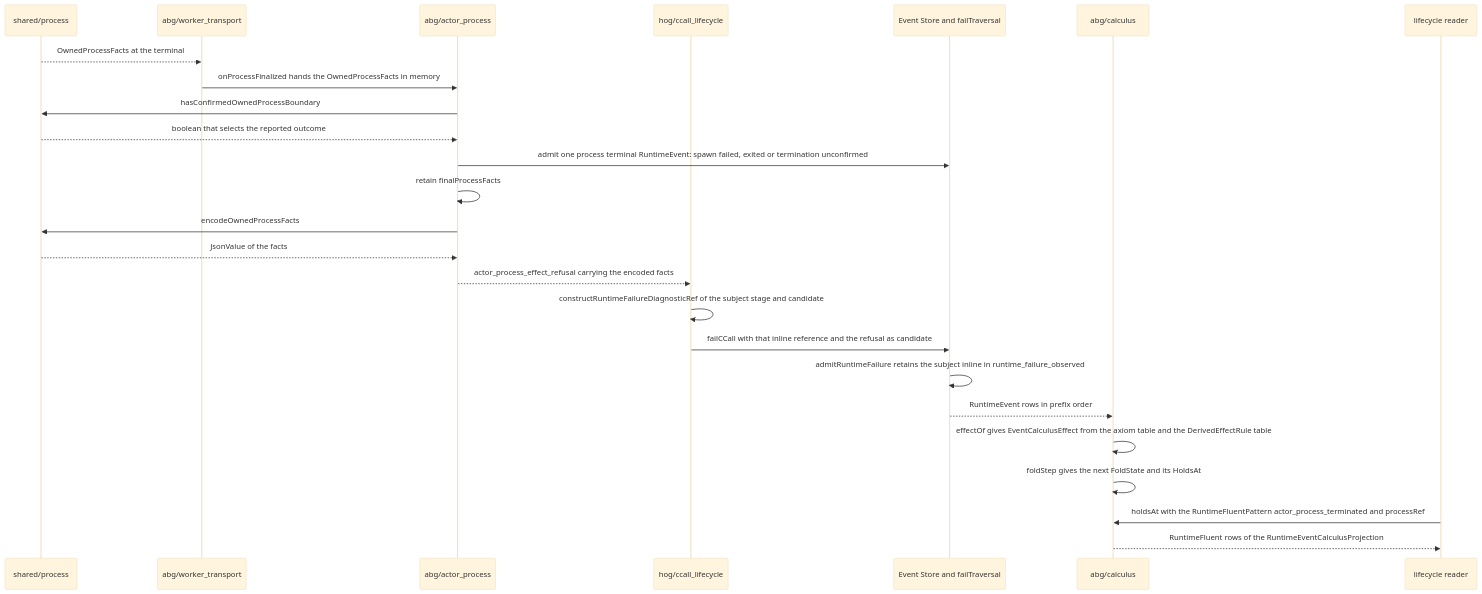
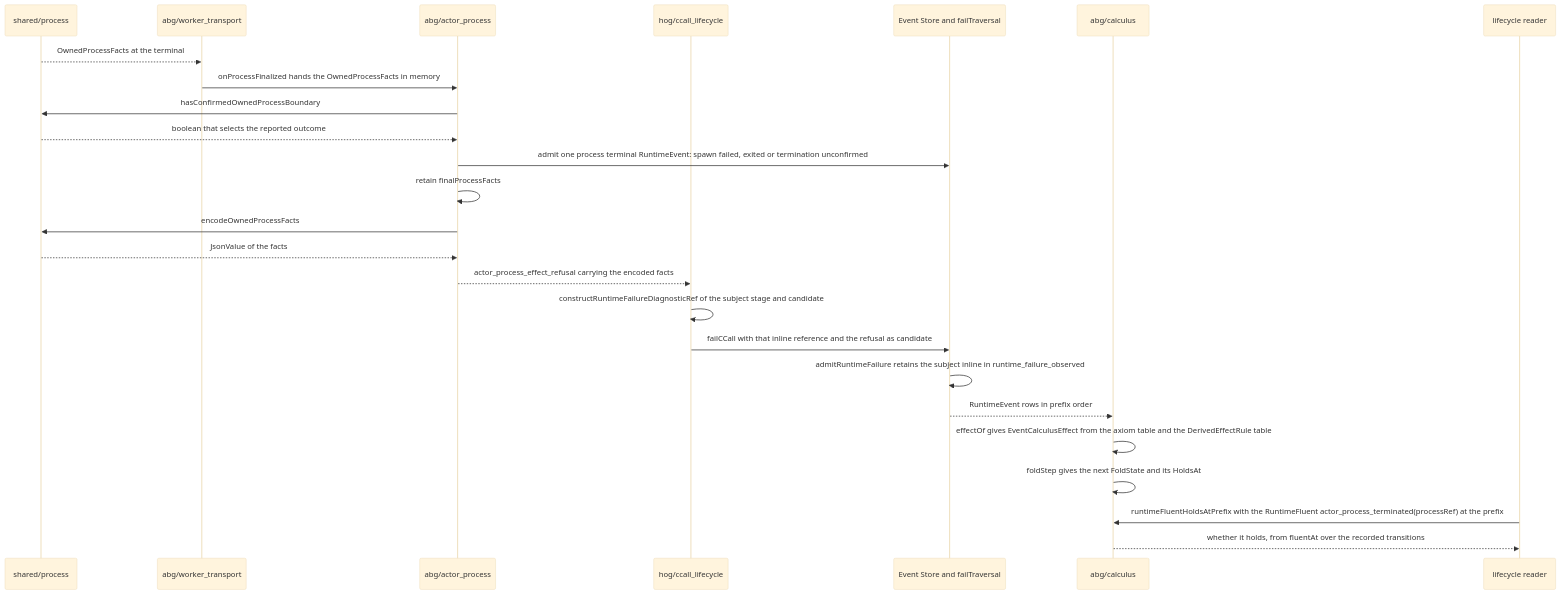
Before and after one commit to foolishimp/abiogenesis: the third of 6 diagrams in build_tenants/abiogenesis/typescript/design/ABI5_COMMON_COMPUTATIONAL_CAPABILITY_LIBRARY_DESIGN.md, drawn with Mermaid (base theme). The commit also changed other lines of this file and 3 other files, not shown here.

````diff
--- a/build_tenants/abiogenesis/typescript/design/ABI5_COMMON_COMPUTATIONAL_CAPABILITY_LIBRARY_DESIGN.md
+++ b/build_tenants/abiogenesis/typescript/design/ABI5_COMMON_COMPUTATIONAL_CAPABILITY_LIBRARY_DESIGN.md
@@ -437,27 +437,27 @@
 ```mermaid
 sequenceDiagram
   participant L as shared/process
   participant T as abg/worker_transport
   participant A as abg/actor_process
   participant H as hog/ccall_lifecycle
   participant E as Event Store and failTraversal
   participant C as abg/calculus
   participant R as lifecycle reader
   L-->>T: OwnedProcessFacts at the terminal
   T->>A: onProcessFinalized hands the OwnedProcessFacts in memory
   A->>L: hasConfirmedOwnedProcessBoundary
   L-->>A: boolean that selects the reported outcome
   A->>E: admit one process terminal RuntimeEvent: spawn failed, exited or termination unconfirmed
   A->>A: retain finalProcessFacts
   A->>L: encodeOwnedProcessFacts
   L-->>A: JsonValue of the facts
   A-->>H: actor_process_effect_refusal carrying the encoded facts
   H->>H: constructRuntimeFailureDiagnosticRef of the subject stage and candidate
   H->>E: failCCall with that inline reference and the refusal as candidate
   E->>E: admitRuntimeFailure retains the subject inline in runtime_failure_observed
   E-->>C: RuntimeEvent rows in prefix order
   C->>C: effectOf gives EventCalculusEffect from the axiom table and the DerivedEffectRule table
   C->>C: foldStep gives the next FoldState and its HoldsAt
-  R->>C: holdsAt with the RuntimeFluentPattern actor_process_terminated and processRef
-  C-->>R: RuntimeFluent rows of the RuntimeEventCalculusProjection
+  R->>C: runtimeFluentHoldsAtPrefix with the RuntimeFluent actor_process_terminated(processRef) at the prefix
+  C-->>R: whether it holds, from fluentAt over the recorded transitions
 ```
````
